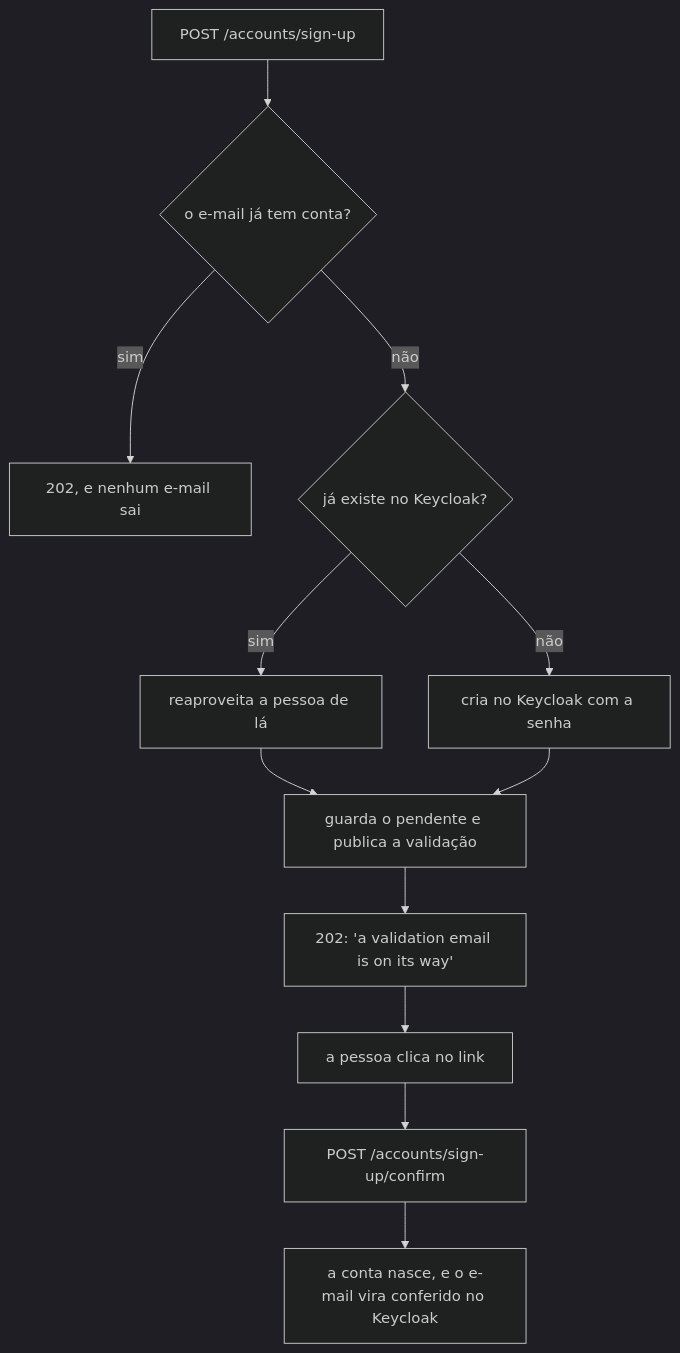
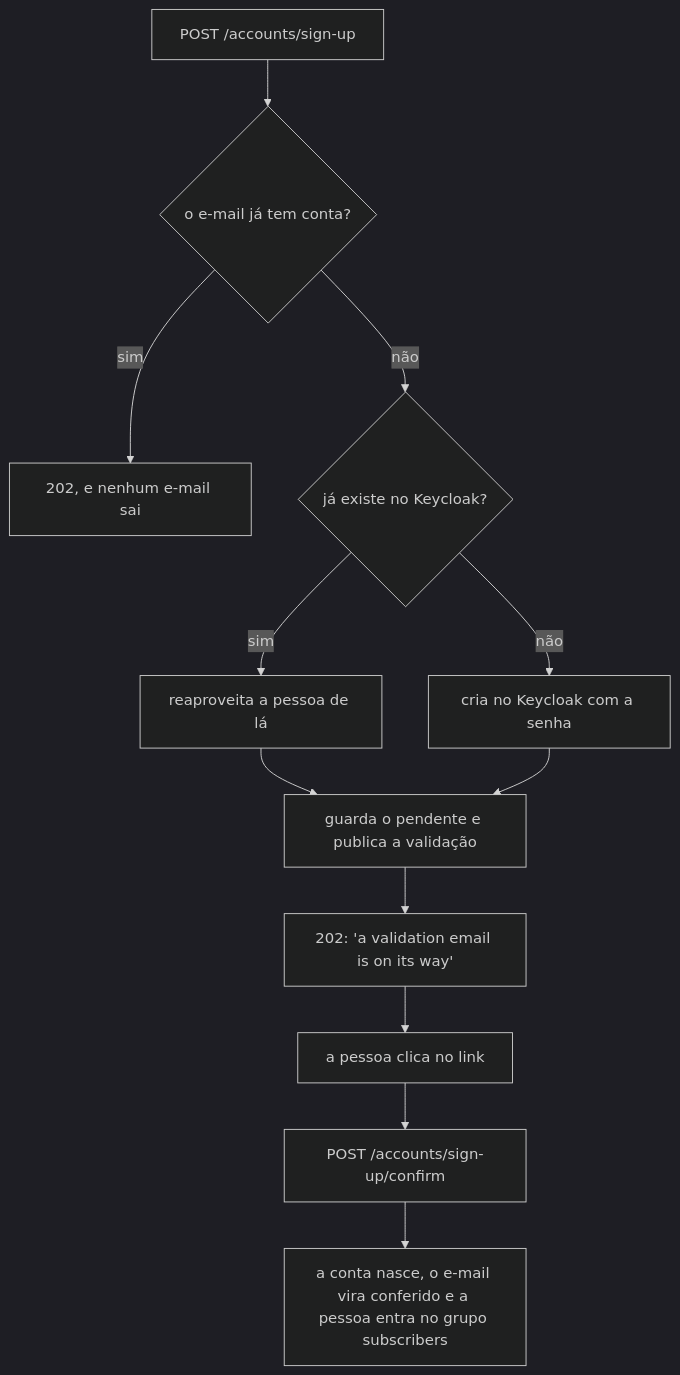
Before and after one commit to tarcisiolzbraga/tarcisiolzbraga-codeflix: the second of 2 diagrams in subscription-api/README.md, drawn with Mermaid (dark theme). The commit also changed other lines of this file and 1 other file, not shown here.

````diff
--- a/subscription-api/README.md
+++ b/subscription-api/README.md
@@ -114,13 +114,13 @@
 ```mermaid
 flowchart TD
     A[POST /accounts/sign-up] --> B{o e-mail já tem conta?}
     B -->|sim| C[202, e nenhum e-mail sai]
     B -->|não| D{já existe no Keycloak?}
     D -->|sim| E[reaproveita a pessoa de lá]
     D -->|não| F[cria no Keycloak com a senha]
     E --> G[guarda o pendente e publica a validação]
     F --> G
     G --> H[202: 'a validation email is on its way']
     H --> I[a pessoa clica no link] --> J[POST /accounts/sign-up/confirm]
-    J --> K[a conta nasce, e o e-mail vira conferido no Keycloak]
+    J --> K[a conta nasce, o e-mail vira conferido e a pessoa entra no grupo subscribers]
 ```
````
